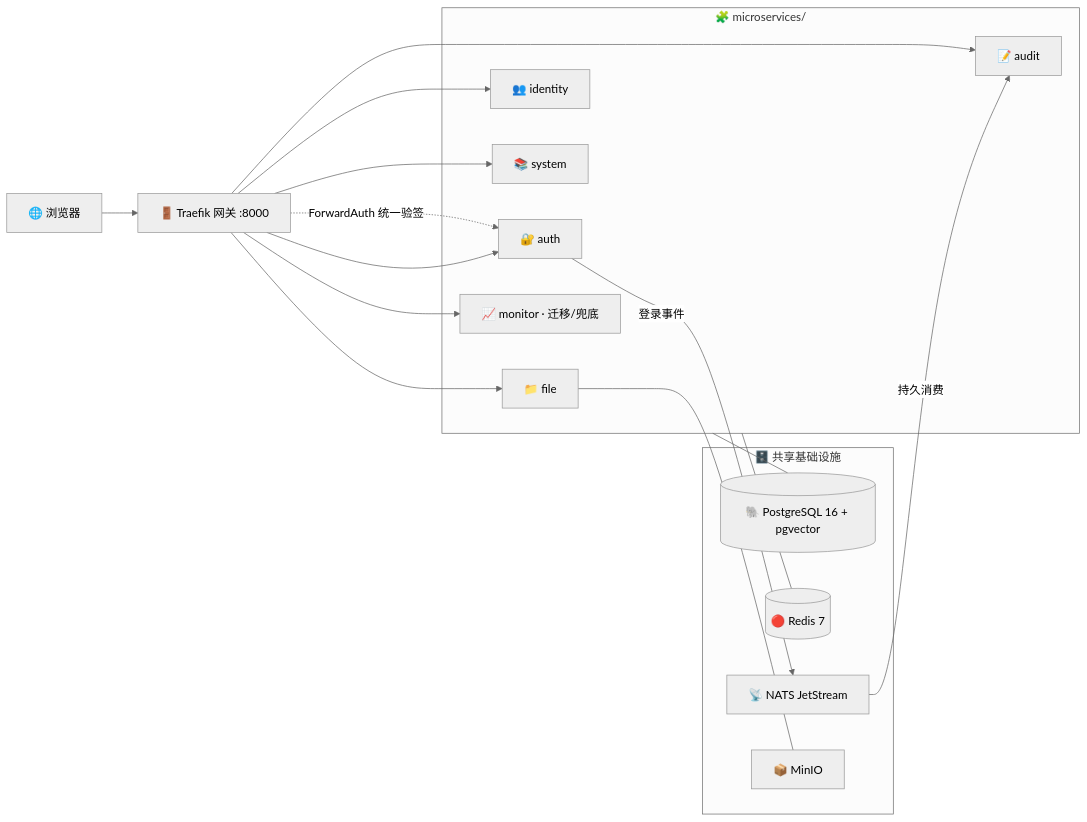
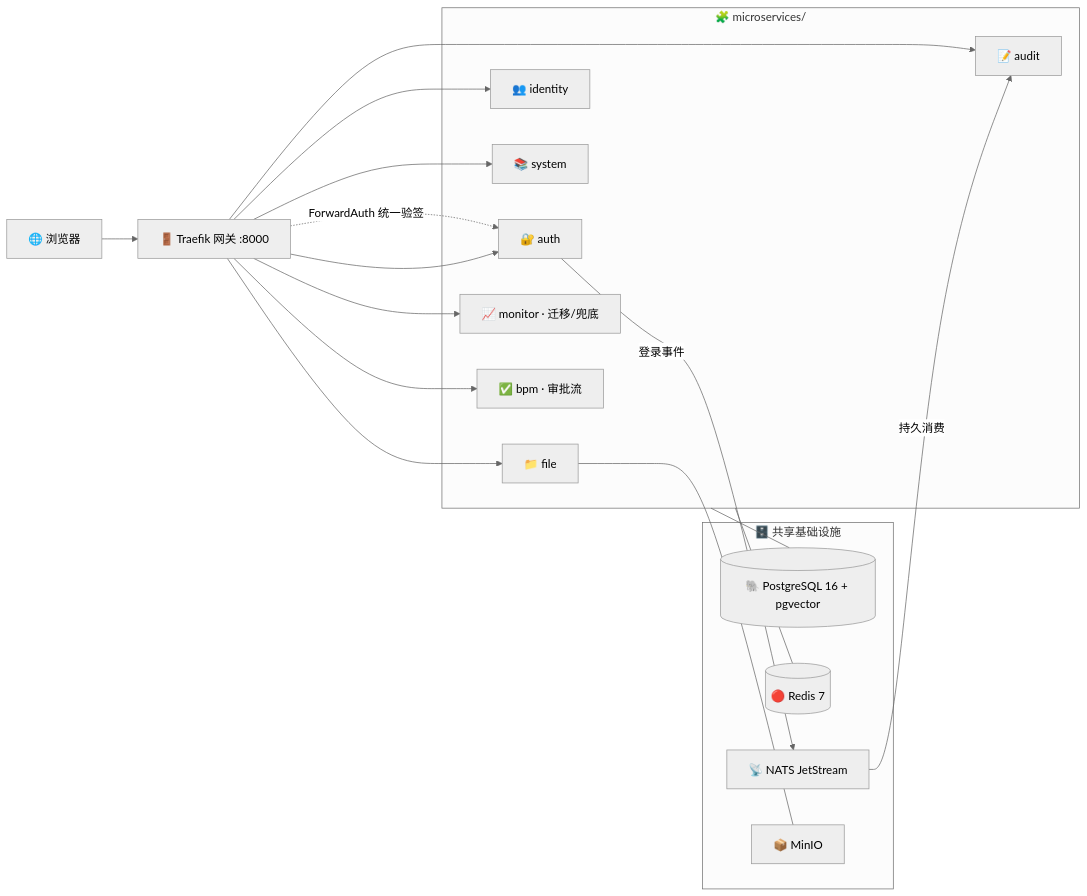
One commit to SuperiorChuo/gopherforge changed the diagram in README.md. Above: the diagram before and after it, drawn with Mermaid (neutral theme). The commit also changed other lines of this file and 32 other files, not shown here.

````diff
--- a/README.md
+++ b/README.md
@@ -170,27 +172,28 @@
 ```mermaid
 flowchart LR
     B["🌐 浏览器"] --> GW["🚪 Traefik 网关 :8000"]
 
     subgraph MS["🧩 microservices/"]
         AUTH["🔐 auth"]
         IDT["👥 identity"]
         SYS["📚 system"]
         AUD["📝 audit"]
         FILE["📁 file"]
         MON["📈 monitor · 迁移/兜底"]
+        BPM["✅ bpm · 审批流"]
     end
 
     GW -. "ForwardAuth 统一验签" .-> AUTH
-    GW --> AUTH & IDT & SYS & AUD & FILE & MON
+    GW --> AUTH & IDT & SYS & AUD & FILE & MON & BPM
 
     subgraph INFRA["🗄️ 共享基础设施"]
         PG[("🐘 PostgreSQL 16 + pgvector")]
         RD[("🔴 Redis 7")]
         NATS["📡 NATS JetStream"]
         MC["📦 MinIO"]
     end
 
     MS --- PG & RD
     AUTH -- "登录事件" --> NATS -- "持久消费" --> AUD
     FILE --- MC
 ```
````
